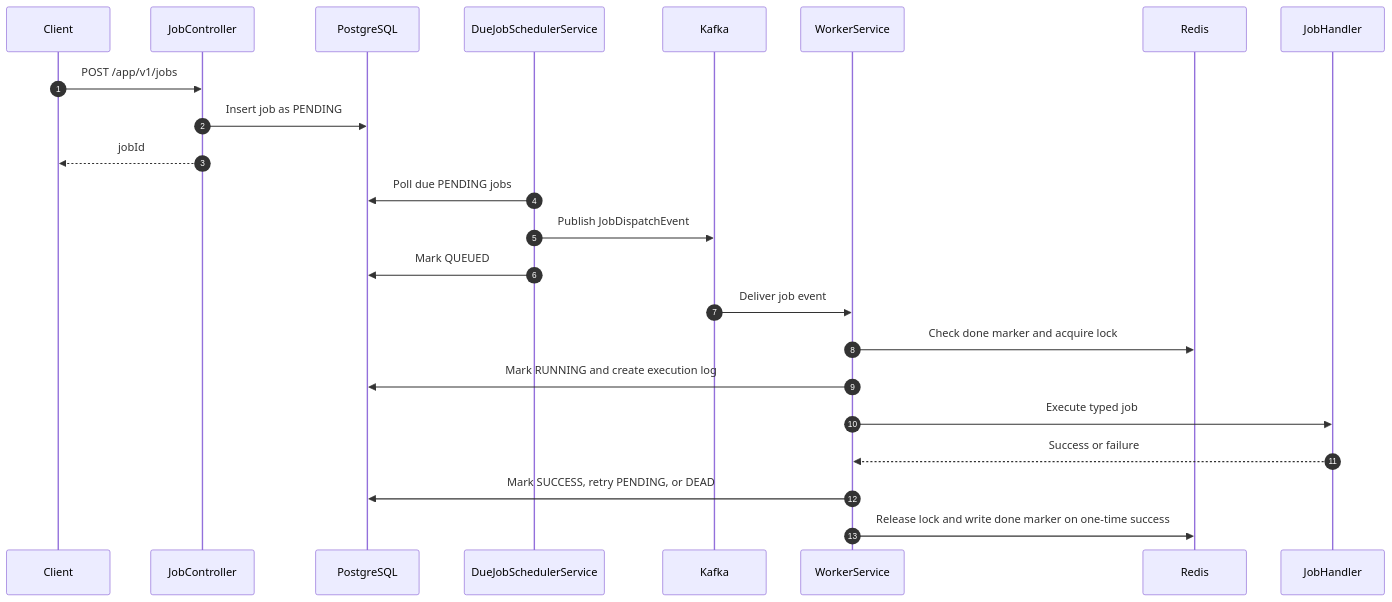
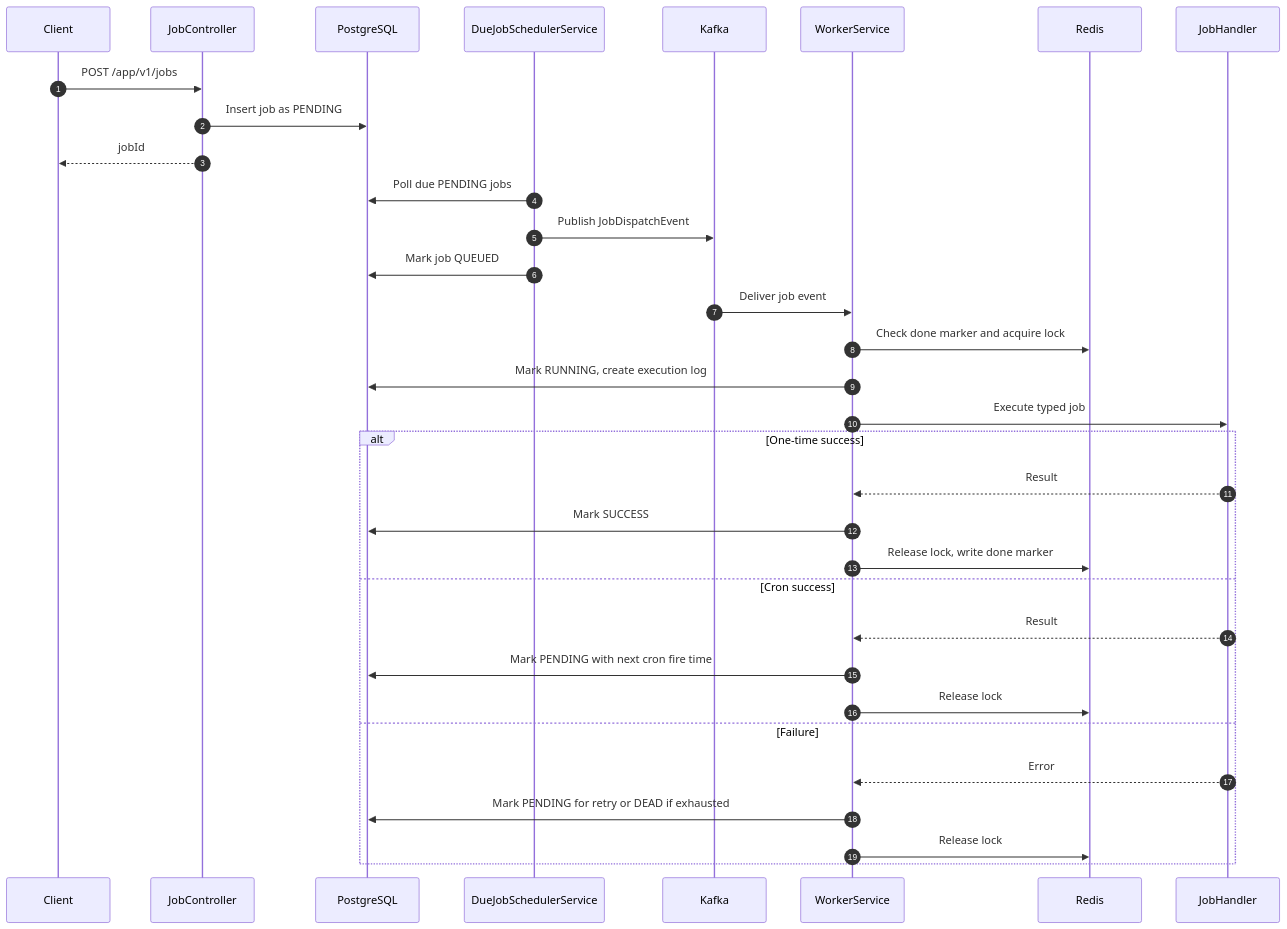
Before and after one commit to harshithrao07/distributed-scheduler: the second of 10 diagrams in Readme.md, drawn with Mermaid. The commit also changed other lines of this file, not shown here.

````diff
--- a/Readme.md
+++ b/Readme.md
@@ -49,26 +98,39 @@
 ```mermaid
 sequenceDiagram
     autonumber
     participant Client
     participant API as JobController
     participant DB as PostgreSQL
-    participant Scheduler as DueJobSchedulerService
+    participant Sched as DueJobSchedulerService
     participant Kafka
     participant Worker as WorkerService
     participant Redis
     participant Handler as JobHandler
 
     Client->>API: POST /app/v1/jobs
     API->>DB: Insert job as PENDING
     API-->>Client: jobId
-    Scheduler->>DB: Poll due PENDING jobs
-    Scheduler->>Kafka: Publish JobDispatchEvent
-    Scheduler->>DB: Mark QUEUED
+
+    Sched->>DB: Poll due PENDING jobs
+    Sched->>Kafka: Publish JobDispatchEvent
+    Sched->>DB: Mark job QUEUED
+
     Kafka->>Worker: Deliver job event
     Worker->>Redis: Check done marker and acquire lock
-    Worker->>DB: Mark RUNNING and create execution log
+    Worker->>DB: Mark RUNNING, create execution log
     Worker->>Handler: Execute typed job
-    Handler-->>Worker: Success or failure
-    Worker->>DB: Mark SUCCESS, retry PENDING, or DEAD
-    Worker->>Redis: Release lock and write done marker on one-time success
+
+    alt One-time success
+        Handler-->>Worker: Result
+        Worker->>DB: Mark SUCCESS
+        Worker->>Redis: Release lock, write done marker
+    else Cron success
+        Handler-->>Worker: Result
+        Worker->>DB: Mark PENDING with next cron fire time
+        Worker->>Redis: Release lock
+    else Failure
+        Handler-->>Worker: Error
+        Worker->>DB: Mark PENDING for retry or DEAD if exhausted
+        Worker->>Redis: Release lock
+    end
 ```
````
